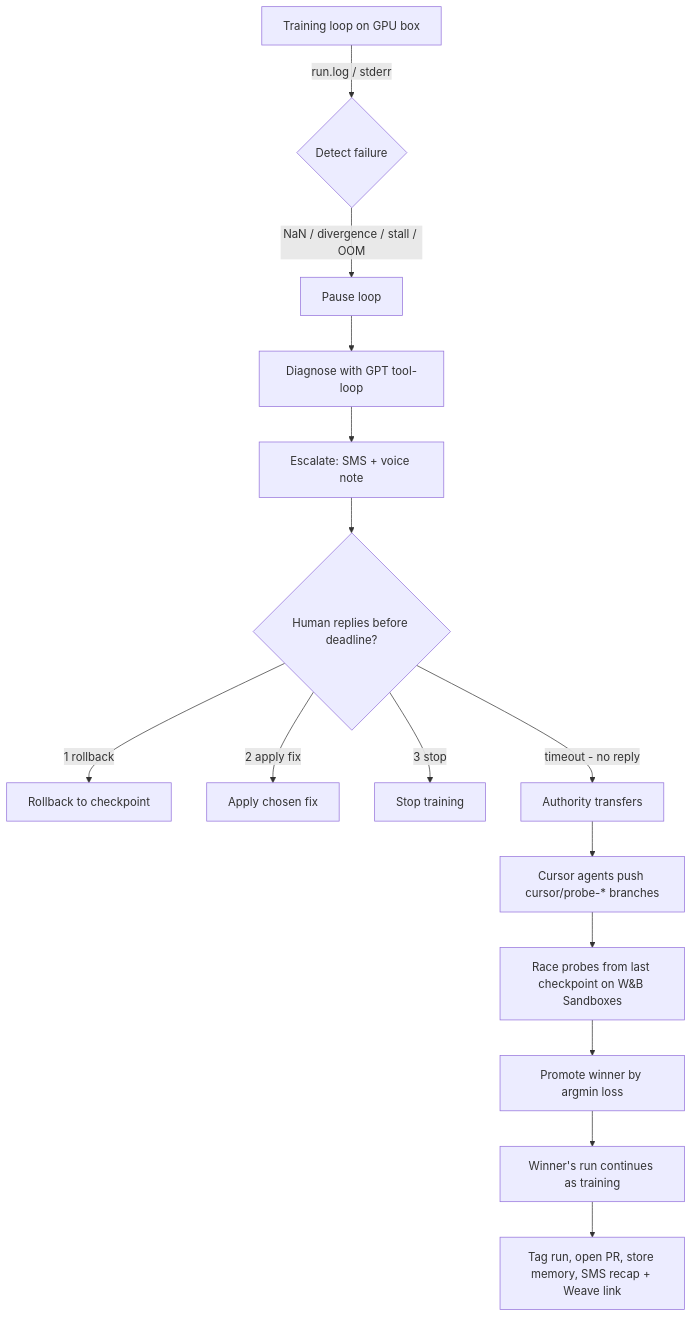
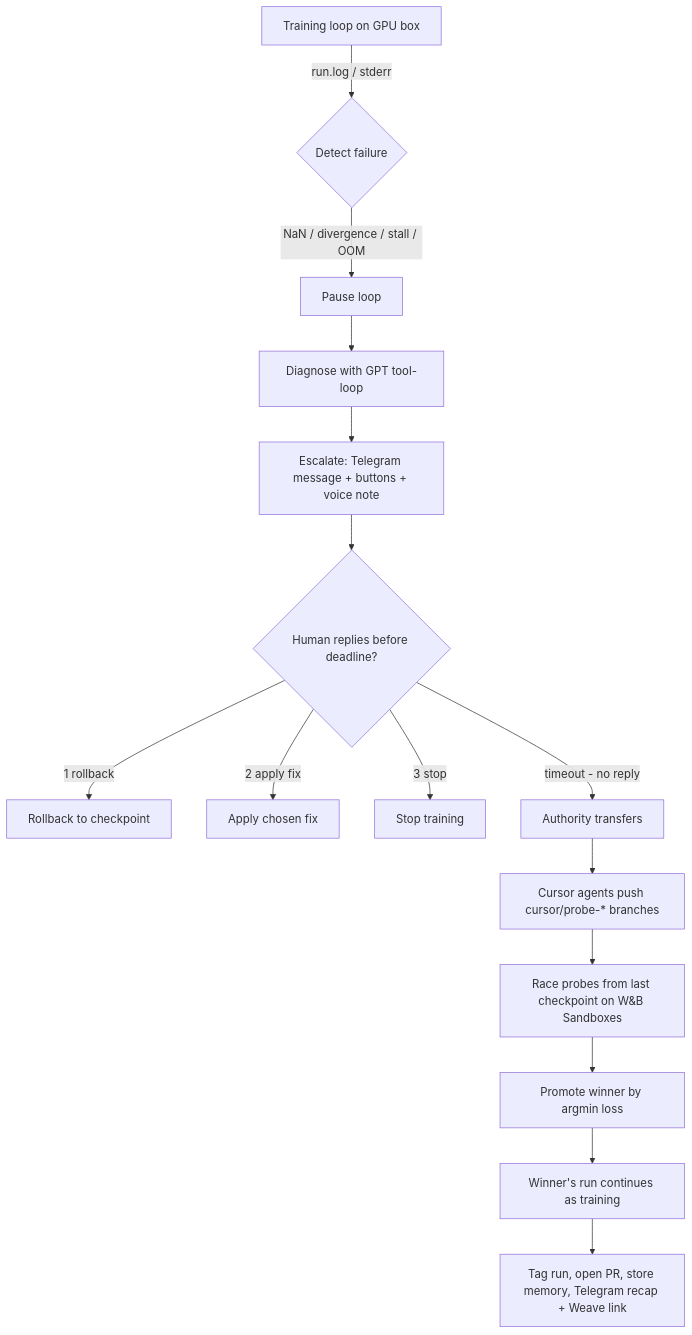
One commit to chcardoz/weavehacks-hackathon changed the diagram in docs/how-it-works.mdx. Above: the diagram before and after it, drawn with Mermaid. The commit also changed other lines of this file and 41 other files, not shown here.

First line of the commit message:
feat: replace Twilio SMS escalation with Telegram bot (buttons + voice bubbles)

````diff
--- a/docs/how-it-works.mdx
+++ b/docs/how-it-works.mdx
@@ -82,17 +84,17 @@
 ```mermaid
 flowchart TD
     A[Training loop on GPU box] -->|run.log / stderr| B{Detect failure}
     B -->|NaN / divergence / stall / OOM| C[Pause loop]
     C --> D[Diagnose with GPT tool-loop]
-    D --> E[Escalate: SMS + voice note]
+    D --> E[Escalate: Telegram message + buttons + voice note]
     E --> F{Human replies before deadline?}
     F -->|1 rollback| G[Rollback to checkpoint]
     F -->|2 apply fix| H[Apply chosen fix]
     F -->|3 stop| I[Stop training]
     F -->|timeout - no reply| J[Authority transfers]
     J --> K[Cursor agents push cursor/probe-* branches]
     K --> L[Race probes from last checkpoint on W&B Sandboxes]
     L --> M[Promote winner by argmin loss]
     M --> N[Winner's run continues as training]
-    N --> O[Tag run, open PR, store memory, SMS recap + Weave link]
+    N --> O[Tag run, open PR, store memory, Telegram recap + Weave link]
 ```
````
